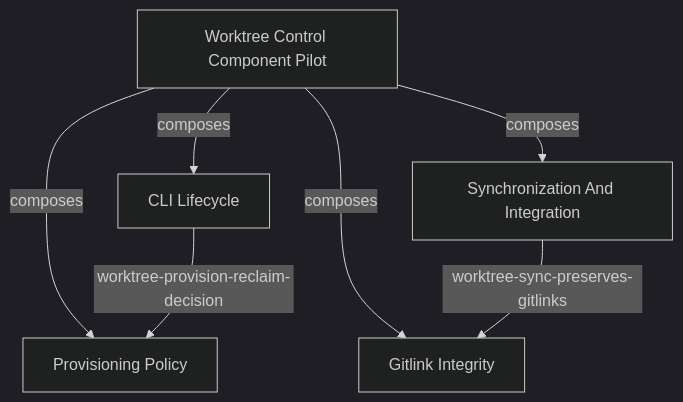
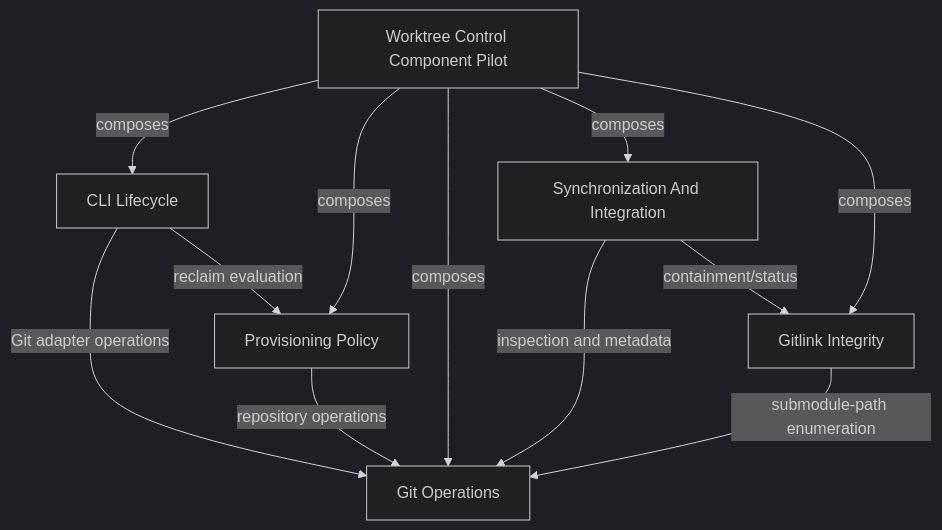
One commit to mankinskin/context-engine changed the diagram in .spec/specs/fa6e85c8-866c-4d53-bb50-b78bd651e8ce/body.md. Above: the diagram before and after it, drawn with Mermaid (dark theme). The commit also changed other lines of this file and 7 other files, not shown here.

Commit message:
docs(spec): model worktree git operations

````diff
--- a/.spec/specs/fa6e85c8-866c-4d53-bb50-b78bd651e8ce/body.md
+++ b/.spec/specs/fa6e85c8-866c-4d53-bb50-b78bd651e8ce/body.md
@@ -33,10 +36,15 @@
 ```mermaid
 flowchart TD
 	Pilot[Worktree Control Component Pilot]
 	Pilot -->|composes| Cli[CLI Lifecycle]
 	Pilot -->|composes| Provision[Provisioning Policy]
+	Pilot -->|composes| GitOperations[Git Operations]
 	Pilot -->|composes| Sync[Synchronization And Integration]
 	Pilot -->|composes| Gitlink[Gitlink Integrity]
-	Cli -->|worktree-provision-reclaim-decision| Provision
-	Sync -->|worktree-sync-preserves-gitlinks| Gitlink
+	Cli -->|Git adapter operations| GitOperations
+	Cli -->|reclaim evaluation| Provision
+	Provision -->|repository operations| GitOperations
+	Sync -->|inspection and metadata| GitOperations
+	Gitlink -->|submodule-path enumeration| GitOperations
+	Sync -->|containment/status| Gitlink
 ```
````
